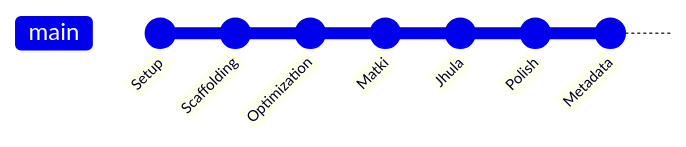
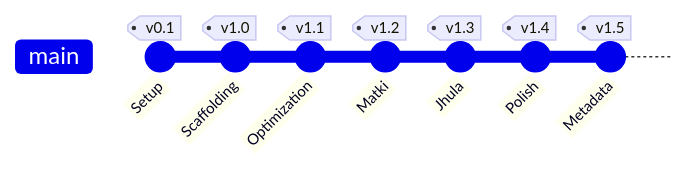
The diagram in GEMINI.md (ParbonStatic/Janmashtami2026), drawn with Mermaid before and after one commit. The commit also changed 1 other file, not shown here.

Commit message:
feat: add project documentation sync skill and update GEMINI.md git graph with version tags

````diff
--- a/GEMINI.md
+++ b/GEMINI.md
@@ -24,10 +24,10 @@
 ```mermaid
 gitGraph
-    commit id: "Setup"
-    commit id: "Scaffolding"
-    commit id: "Optimization"
-    commit id: "Matki"
-    commit id: "Jhula"
-    commit id: "Polish"
-    commit id: "Metadata"
+    commit id: "Setup" tag: "v0.1"
+    commit id: "Scaffolding" tag: "v1.0"
+    commit id: "Optimization" tag: "v1.1"
+    commit id: "Matki" tag: "v1.2"
+    commit id: "Jhula" tag: "v1.3"
+    commit id: "Polish" tag: "v1.4"
+    commit id: "Metadata" tag: "v1.5"
 ```
````
